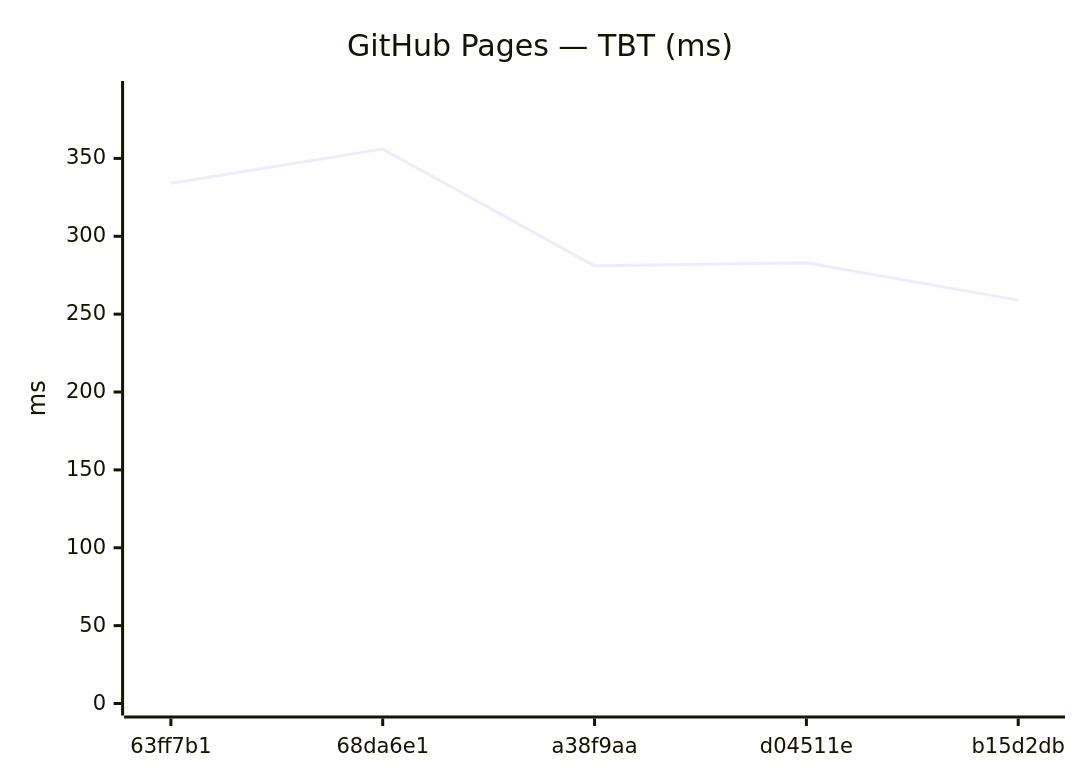
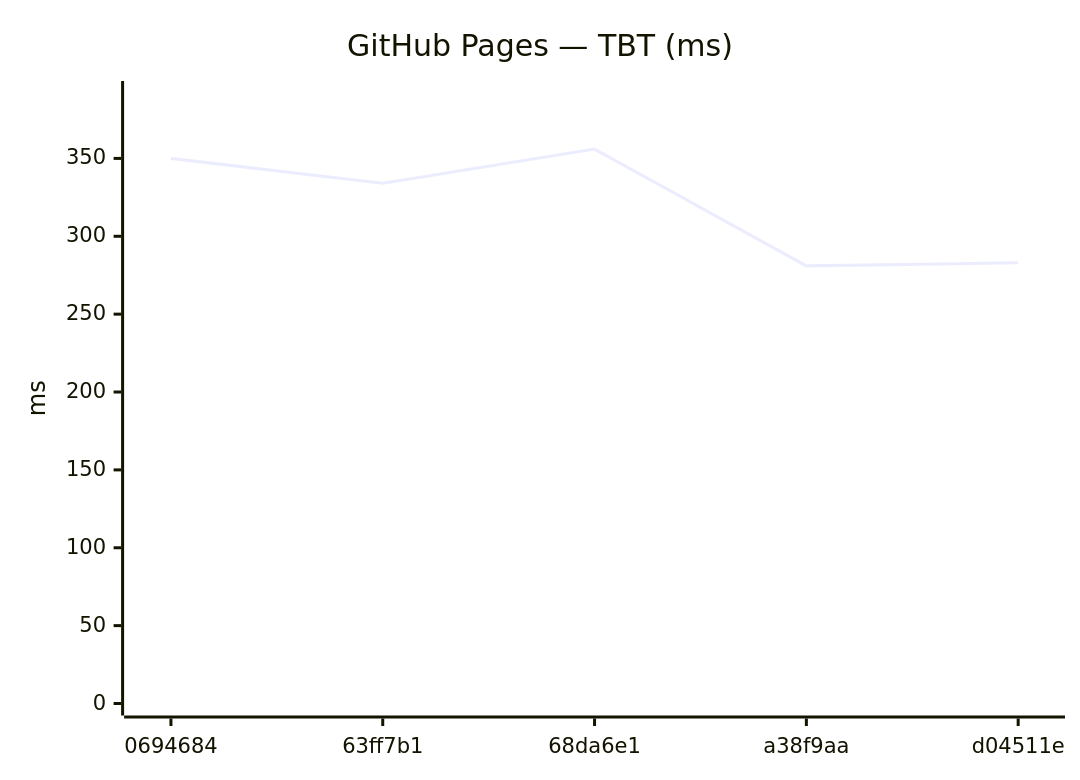
One commit to Metaheurist/Rianell changed the tenth of 18 diagrams in benchmarks/compare.md. Above: the diagram before and after it, drawn with Mermaid. The commit also changed other lines of this file and 11 other files, not shown here.

````diff
--- a/benchmarks/compare.md
+++ b/benchmarks/compare.md
@@ -149,7 +149,7 @@
 ```mermaid
 xychart-beta
     title "GitHub Pages — TBT (ms)"
-    x-axis ["63ff7b1", "68da6e1", "a38f9aa", "d04511e", "b15d2db"]
+    x-axis ["0694684", "63ff7b1", "68da6e1", "a38f9aa", "d04511e"]
     y-axis "ms" 0 --> 392
-    line [334, 356, 281, 283, 259]
+    line [350, 334, 356, 281, 283]
 ```
````
